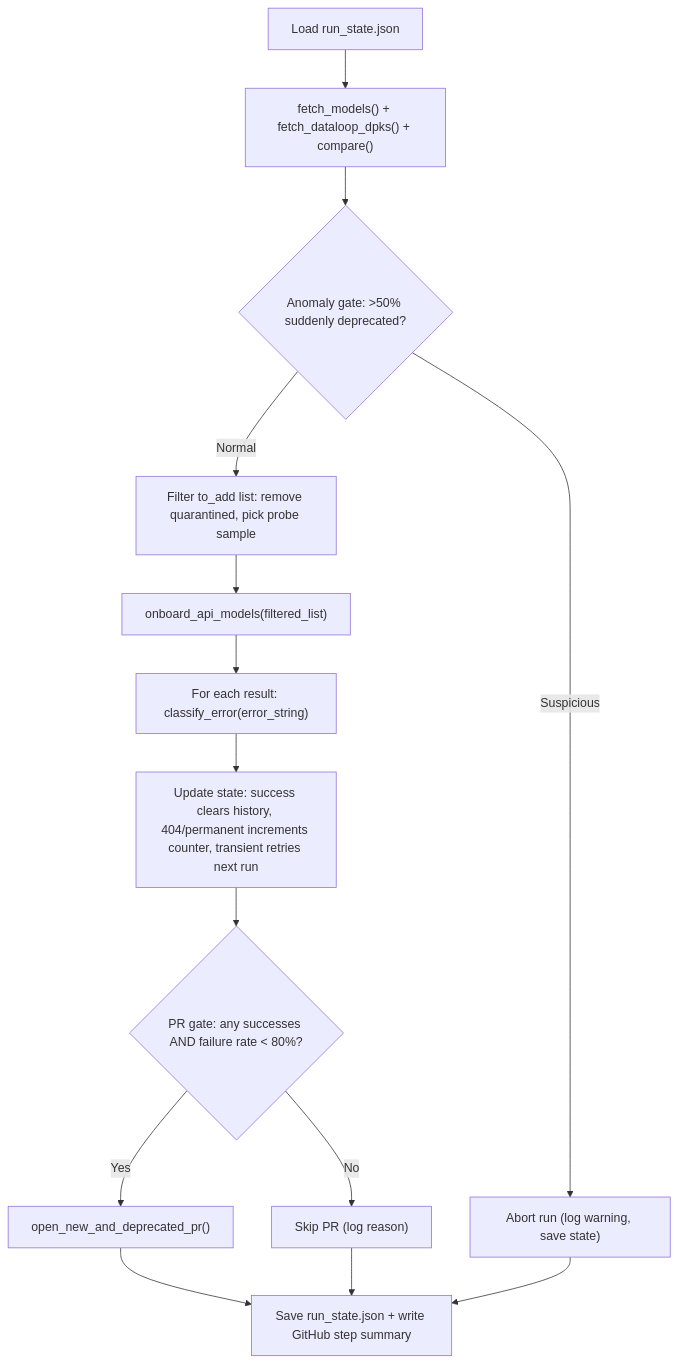
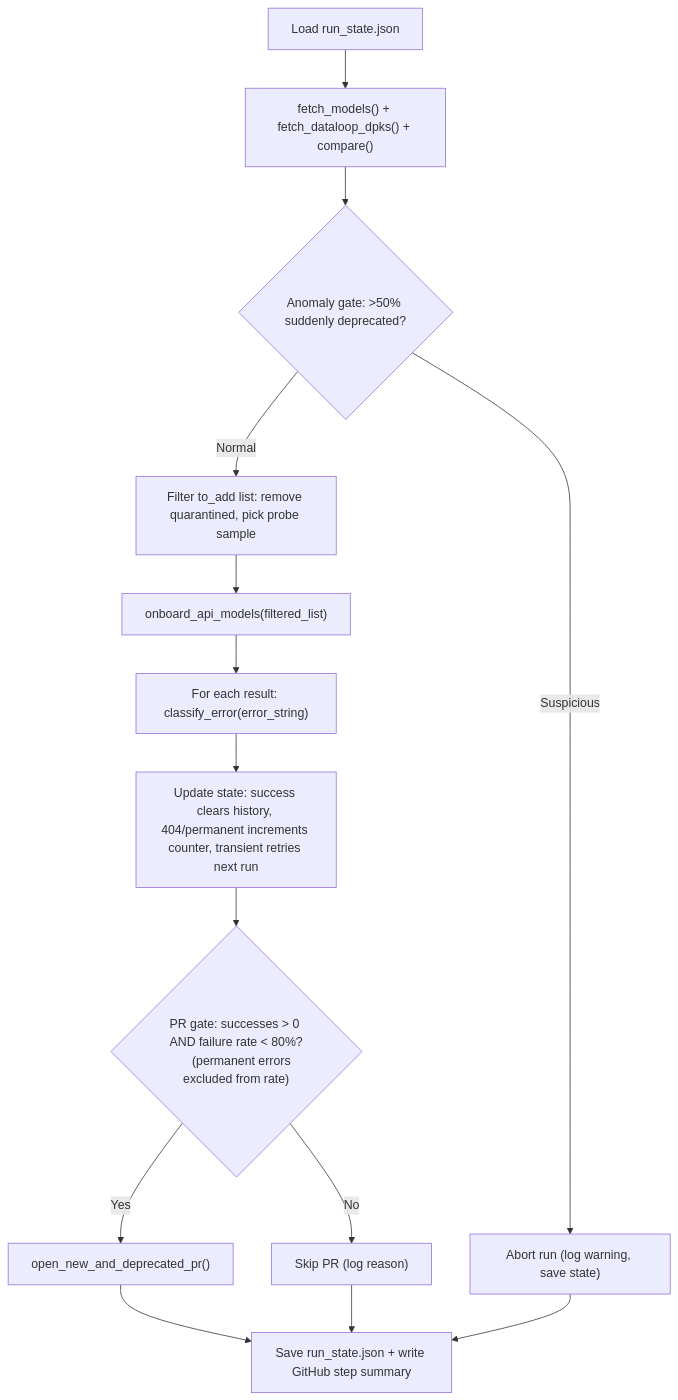
The diagram in agent/README.md (dataloop-ai-apps/nim-api-adapter), drawn with Mermaid before and after one commit. The commit also changed other lines of this file and 7 other files, not shown here.

````diff
--- a/agent/README.md
+++ b/agent/README.md
@@ -204,24 +204,25 @@
 ```mermaid
 flowchart TD
     LoadState["Load run_state.json"] --> Fetch
     Fetch["fetch_models() + fetch_dataloop_dpks() + compare()"] --> AnomalyGate
 
     AnomalyGate{"Anomaly gate: >50% suddenly deprecated?"}
     AnomalyGate -->|Suspicious| Abort["Abort run (log warning, save state)"]
     AnomalyGate -->|Normal| FilterModels
 
     FilterModels["Filter to_add list: remove quarantined, pick probe sample"] --> Onboard
 
     Onboard["onboard_api_models(filtered_list)"] --> ClassifyLoop
 
     ClassifyLoop["For each result: classify_error(error_string)"] --> RecordState
     RecordState["Update state: success clears history, 404/permanent increments counter, transient retries next run"]
 
-    RecordState --> PRGate{"PR gate: any successes AND failure rate < 80%?"}
+    RecordState --> PRGate{"PR gate: successes > 0 AND failure rate < 80%?
+    (permanent errors excluded from rate)"}
     PRGate -->|Yes| OpenPR["open_new_and_deprecated_pr()"]
     PRGate -->|No| SkipPR["Skip PR (log reason)"]
 
     OpenPR --> SaveState["Save run_state.json + write GitHub step summary"]
     SkipPR --> SaveState
     Abort --> SaveState
 ```
````
